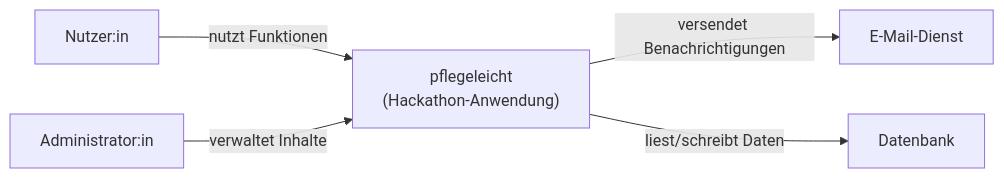
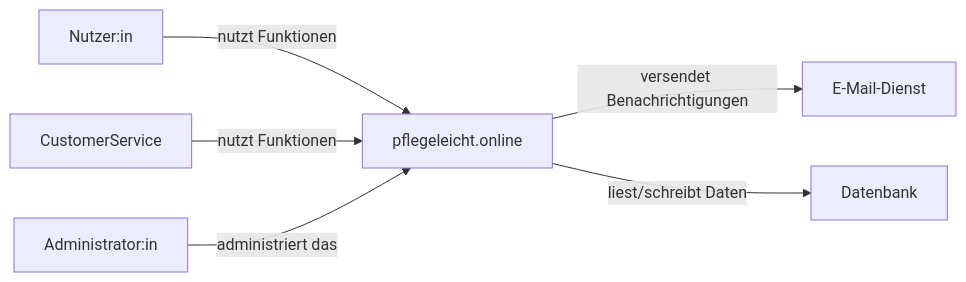
The diagram in documentation/architecture/kontext-diagramm.md (jomatotu/pflegeleicht), drawn with Mermaid before and after one commit. The commit also changed other lines of this file, not shown here.

Commit message:
Update context diagram to reflect the correct system name as **pflegeleicht.online** and adjust user interactions accordingly.

````diff
--- a/documentation/architecture/kontext-diagramm.md
+++ b/documentation/architecture/kontext-diagramm.md
@@ -5,13 +5,15 @@
 ```mermaid
 flowchart LR
     user["Nutzer:in"]
+    pflegeleicht["CustomerService"]
     admin["Administrator:in"]
-    system["pflegeleicht\n(Hackathon-Anwendung)"]
+    system["pflegeleicht.online"]
     mail["E-Mail-Dienst"]
     db["Datenbank"]
 
     user -->|"nutzt Funktionen"| system
-    admin -->|"verwaltet Inhalte"| system
+    pflegeleicht -->|"nutzt Funktionen"| system
+    admin -->|"administriert das"| system
     system -->|"versendet Benachrichtigungen"| mail
     system -->|"liest/schreibt Daten"| db
 ```
````
